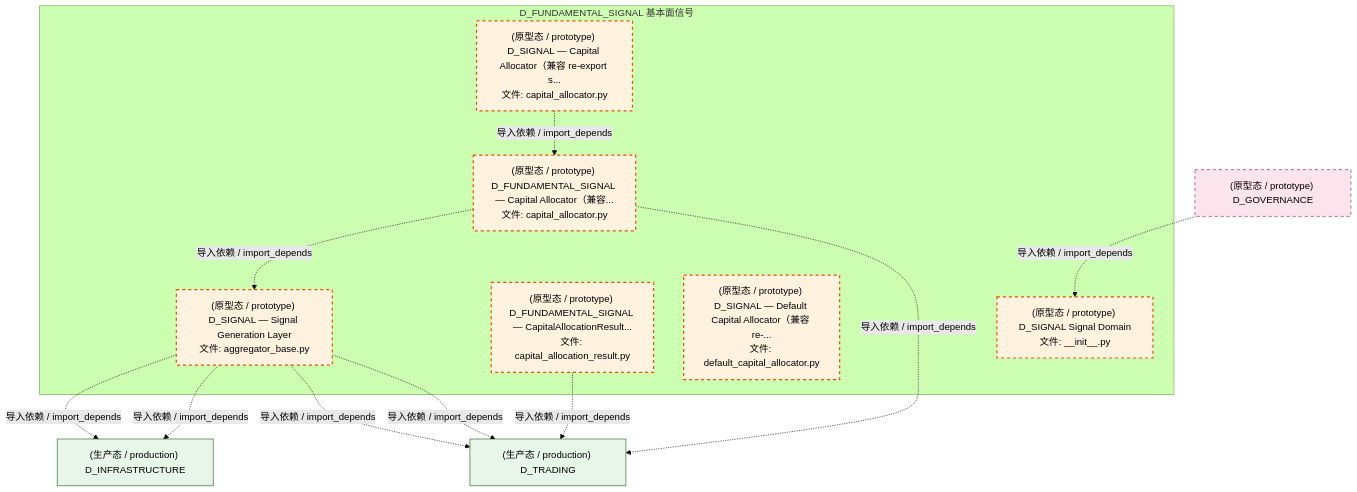
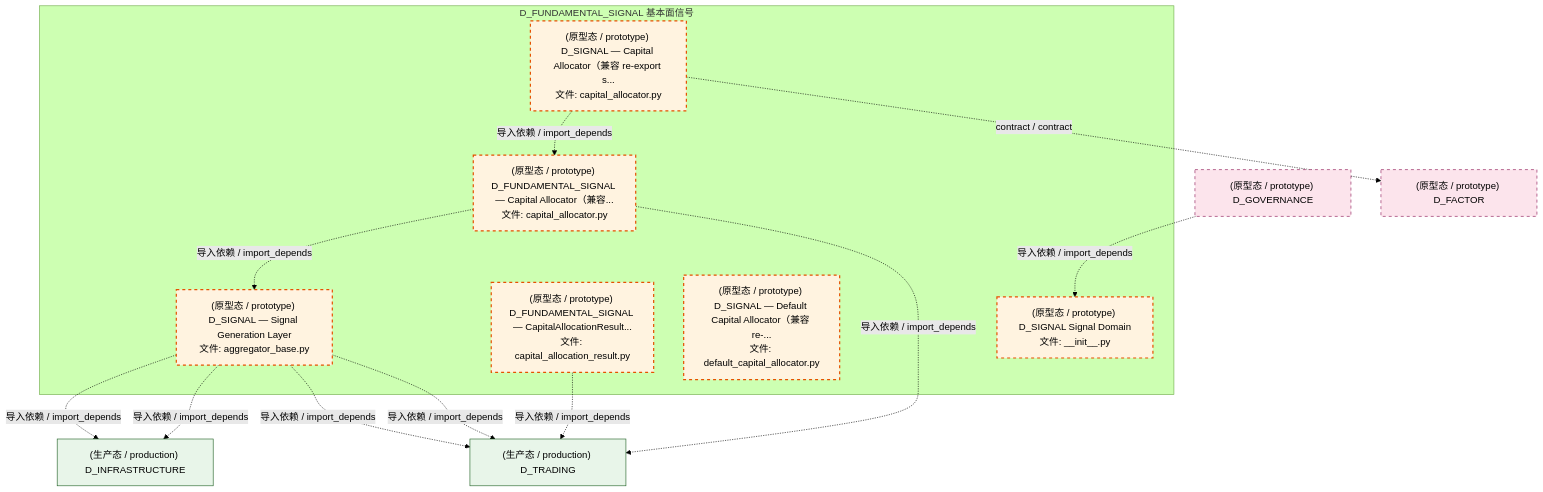
One commit to xuanFelixVan/ZephyrAlpha changed the third of 4 diagrams in docs/02_enterprise_architecture/02_domain_architecture_docs/37_d_fundamental_signal.md. Above: the diagram before and after it, drawn with Mermaid (forest theme). The commit also changed other lines of this file and 80 other files, not shown here.

````diff
--- a/docs/02_enterprise_architecture/02_domain_architecture_docs/37_d_fundamental_signal.md
+++ b/docs/02_enterprise_architecture/02_domain_architecture_docs/37_d_fundamental_signal.md
@@ -171,30 +170,32 @@
 ```mermaid
 graph TD
     subgraph D_FUNDAMENTAL_SIGNAL["D_FUNDAMENTAL_SIGNAL 基本面信号"]
         src_zephyr_signal_fundamental_init_py["(原型态 / prototype) D_SIGNAL Signal Domain<br/>文件: __init__.py"]
         src_zephyr_signal_fundamental_capital_capital_allocation_result_py["(原型态 / prototype) D_FUNDAMENTAL_SIGNAL — CapitalAllocationResult...<br/>文件: capital_allocation_result.py"]
         src_zephyr_signal_fundamental_capital_capital_allocator_py["(原型态 / prototype) D_SIGNAL — Capital Allocator（兼容 re-export s...<br/>文件: capital_allocator.py"]
         src_zephyr_signal_fundamental_capital_default_capital_allocator_py["(原型态 / prototype) D_SIGNAL — Default Capital Allocator（兼容 re-...<br/>文件: default_capital_allocator.py"]
         src_zephyr_signal_fundamental_gen_aggregator_base_py["(原型态 / prototype) D_SIGNAL — Signal Generation Layer<br/>文件: aggregator_base.py"]
         src_zephyr_signal_fundamental_strategy_capital_allocator_py["(原型态 / prototype) D_FUNDAMENTAL_SIGNAL — Capital Allocator（兼容...<br/>文件: capital_allocator.py"]
     end
     src_zephyr_signal_fundamental_capital_capital_allocator_py -.->|导入依赖 / import_depends| src_zephyr_signal_fundamental_strategy_capital_allocator_py
     src_zephyr_signal_fundamental_strategy_capital_allocator_py -.->|导入依赖 / import_depends| src_zephyr_signal_fundamental_gen_aggregator_base_py
+    D_FACTOR["(原型态 / prototype) D_FACTOR"]
+    src_zephyr_signal_fundamental_capital_capital_allocator_py -.->|contract / contract| D_FACTOR
     D_TRADING["(生产态 / production) D_TRADING"]
     src_zephyr_signal_fundamental_capital_capital_allocation_result_py -.->|导入依赖 / import_depends| D_TRADING
     D_INFRASTRUCTURE["(生产态 / production) D_INFRASTRUCTURE"]
     src_zephyr_signal_fundamental_gen_aggregator_base_py -.->|导入依赖 / import_depends| D_INFRASTRUCTURE
     src_zephyr_signal_fundamental_gen_aggregator_base_py -.->|导入依赖 / import_depends| D_INFRASTRUCTURE
     src_zephyr_signal_fundamental_gen_aggregator_base_py -.->|导入依赖 / import_depends| D_TRADING
     src_zephyr_signal_fundamental_gen_aggregator_base_py -.->|导入依赖 / import_depends| D_TRADING
     src_zephyr_signal_fundamental_strategy_capital_allocator_py -.->|导入依赖 / import_depends| D_TRADING
     D_GOVERNANCE["(原型态 / prototype) D_GOVERNANCE"]
     D_GOVERNANCE -.->|导入依赖 / import_depends| src_zephyr_signal_fundamental_init_py
     classDef production fill:#e1f5fe,stroke:#01579b,stroke-width:2px,color:#000
     classDef design fill:#fff3e0,stroke:#e65100,stroke-width:2px,color:#000,stroke-dasharray: 5 5
     classDef external_prod fill:#e8f5e9,stroke:#1b5e20,stroke-width:1px,color:#000
     classDef external_design fill:#fce4ec,stroke:#880e4f,stroke-width:1px,color:#000,stroke-dasharray: 5 5
     class src_zephyr_signal_fundamental_init_py,src_zephyr_signal_fundamental_capital_capital_allocation_result_py,src_zephyr_signal_fundamental_capital_capital_allocator_py,src_zephyr_signal_fundamental_capital_default_capital_allocator_py,src_zephyr_signal_fundamental_gen_aggregator_base_py,src_zephyr_signal_fundamental_strategy_capital_allocator_py design
     class D_TRADING,D_INFRASTRUCTURE external_prod
-    class D_GOVERNANCE external_design
+    class D_FACTOR,D_GOVERNANCE external_design
 ```
````
